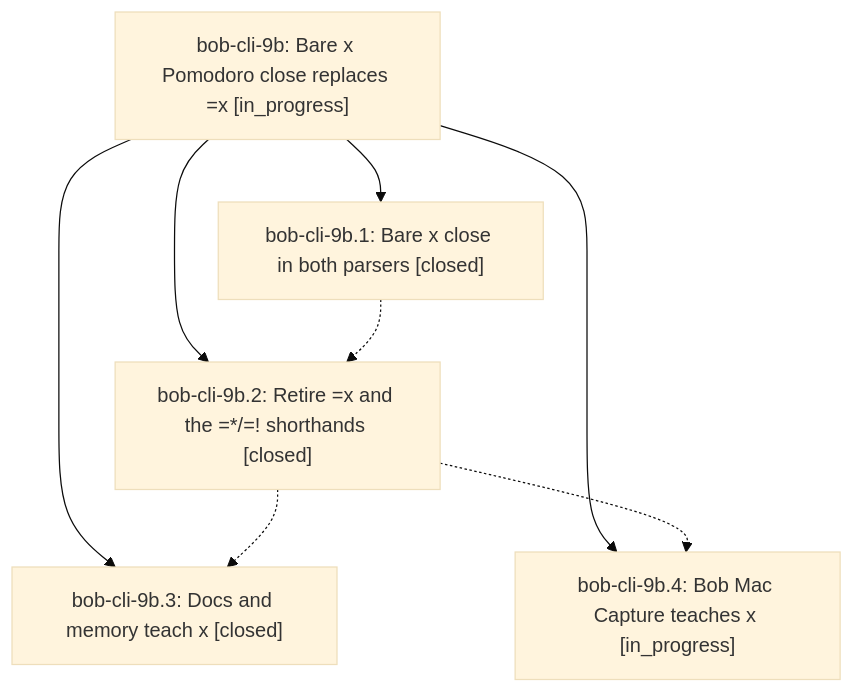
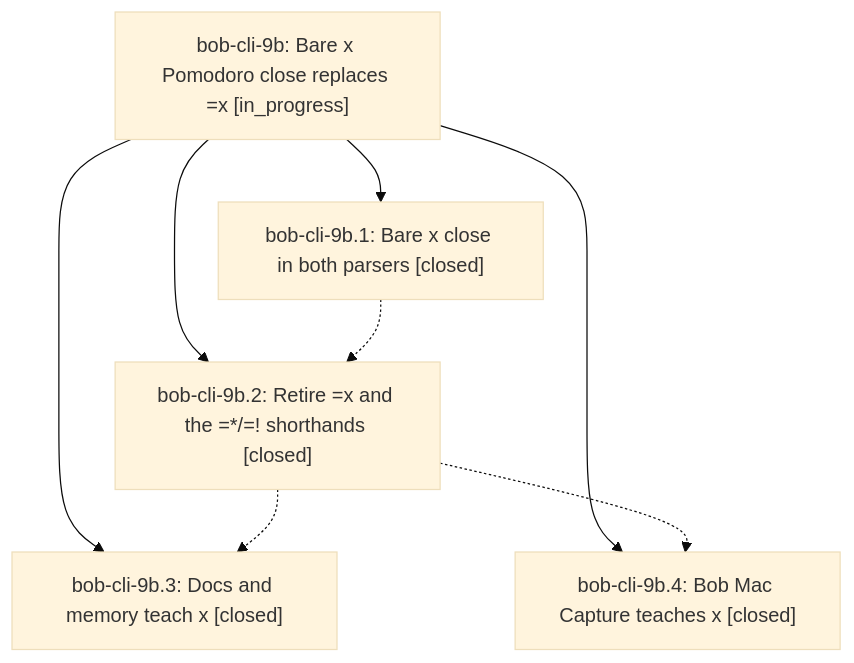
Before and after one commit to bobs-org/bob-cli--beads: the diagram in pages/bob-cli-9b/README.md, drawn with Mermaid (base theme). The commit also changed other lines of this file and 3 other files, not shown here.

First line of the commit message:
chore(beads): sync bead state and pages for bob-cli-9b

````diff
--- a/pages/bob-cli-9b/README.md
+++ b/pages/bob-cli-9b/README.md
@@ -37,15 +39,15 @@
 ```mermaid
 flowchart TD
     n0["bob-cli-9b: Bare x Pomodoro close replaces =x [in_progress]"]
     n1["bob-cli-9b.1: Bare x close in both parsers [closed]"]
     n2["bob-cli-9b.2: Retire =x and the =*/=! shorthands [closed]"]
     n3["bob-cli-9b.3: Docs and memory teach x [closed]"]
-    n4["bob-cli-9b.4: Bob Mac Capture teaches x [in_progress]"]
+    n4["bob-cli-9b.4: Bob Mac Capture teaches x [closed]"]
     n0 --> n1
     n0 --> n2
     n0 --> n3
     n0 --> n4
     n1 -.-> n2
     n2 -.-> n3
     n2 -.-> n4
 ```
````
